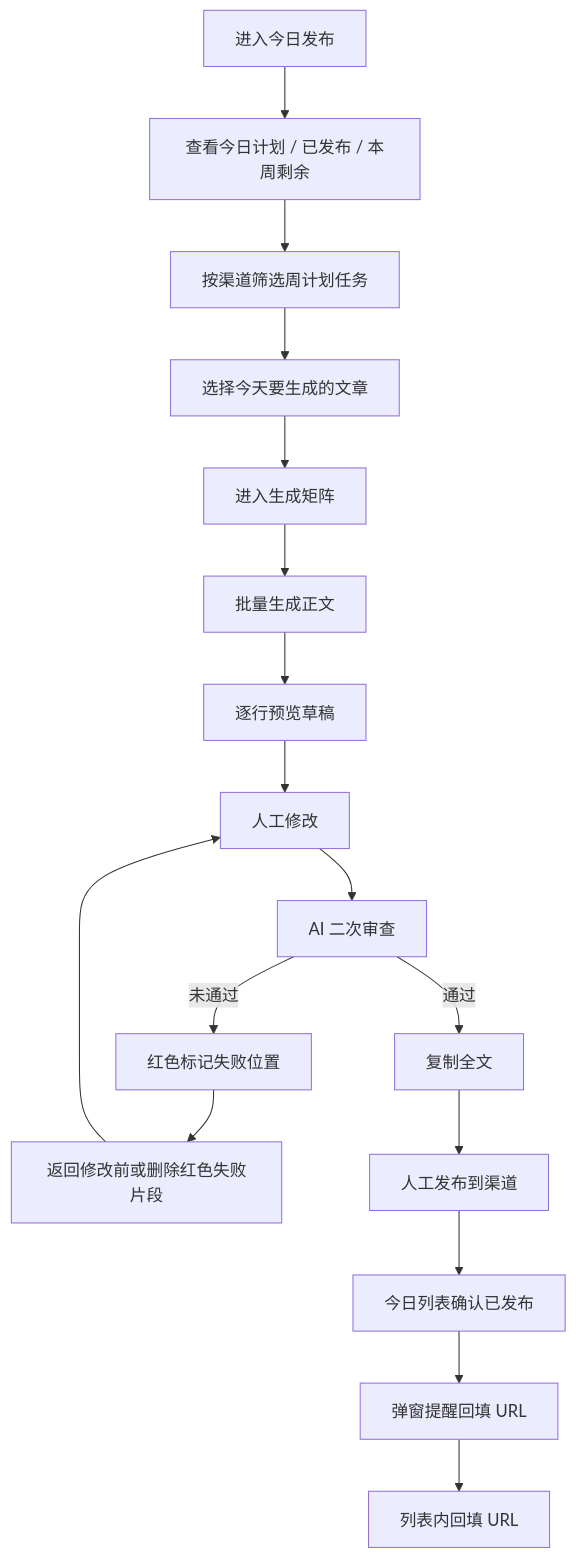
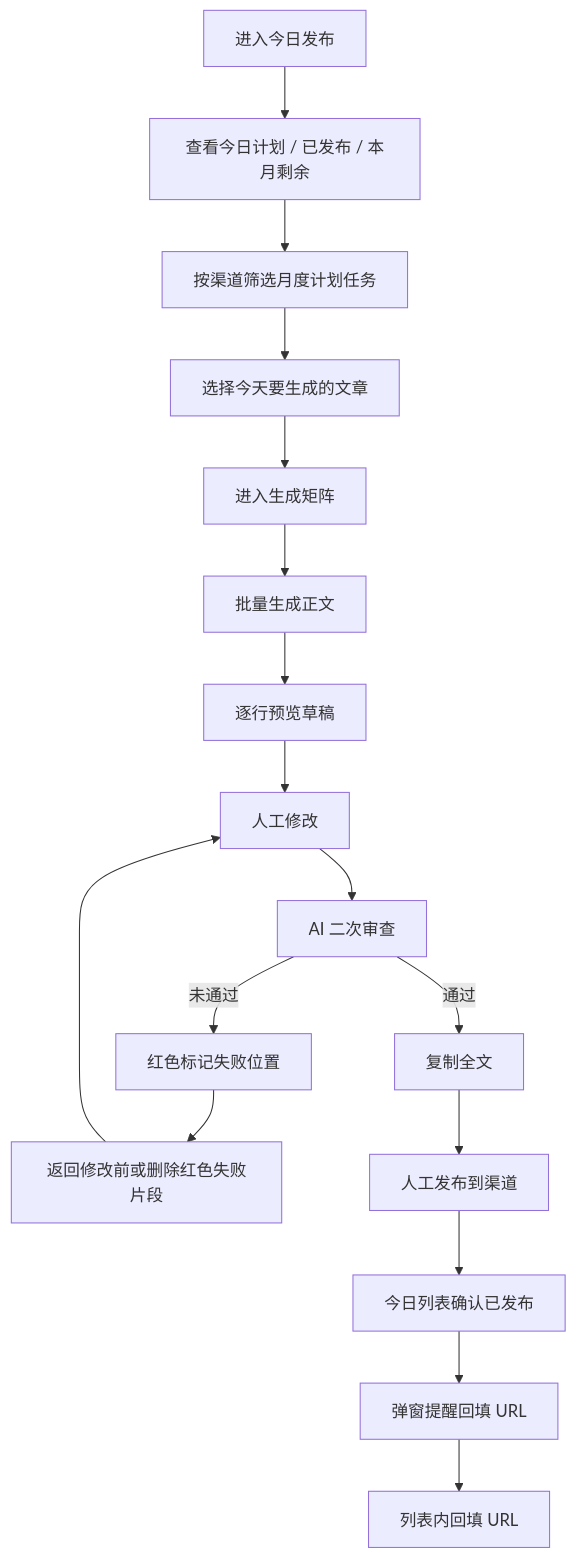
The fourth of 5 diagrams in docs/prd-v3-content-growth-workbench.md (1736280642-Star/gtm-content-growth-workbench), drawn with Mermaid before and after one commit. The commit also changed other lines of this file and 63 other files, not shown here.

````diff
--- a/docs/prd-v3-content-growth-workbench.md
+++ b/docs/prd-v3-content-growth-workbench.md
@@ -465,19 +454,19 @@
 ```mermaid
 flowchart TD
-  A["进入今日发布"] --> B["查看今日计划 / 已发布 / 本周剩余"]
-  B --> C["按渠道筛选周计划任务"]
+  A["进入今日发布"] --> B["查看今日计划 / 已发布 / 本月剩余"]
+  B --> C["按渠道筛选月度计划任务"]
   C --> D["选择今天要生成的文章"]
   D --> E["进入生成矩阵"]
   E --> F["批量生成正文"]
   F --> G["逐行预览草稿"]
   G --> H["人工修改"]
   H --> I["AI 二次审查"]
   I -- "未通过" --> J["红色标记失败位置"]
   J --> K["返回修改前或删除红色失败片段"]
   K --> H
   I -- "通过" --> L["复制全文"]
   L --> M["人工发布到渠道"]
   M --> N["今日列表确认已发布"]
   N --> O["弹窗提醒回填 URL"]
   O --> P["列表内回填 URL"]
 ```
````
